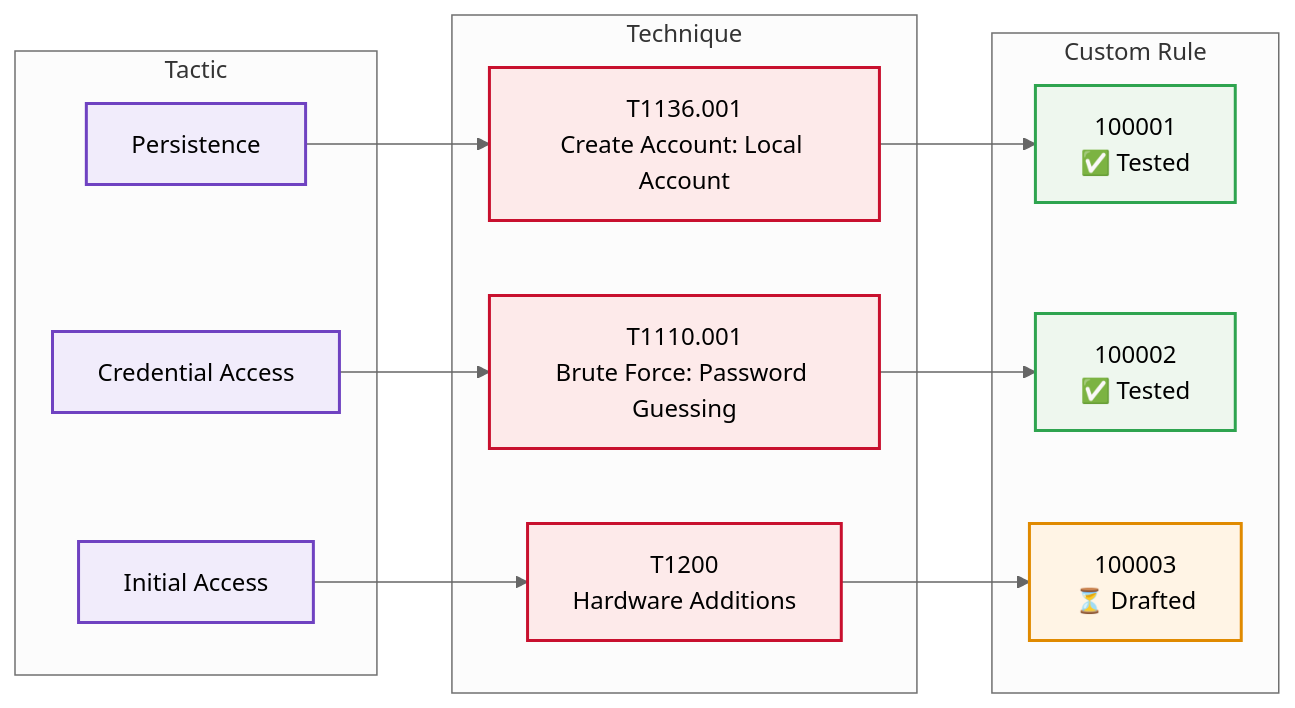
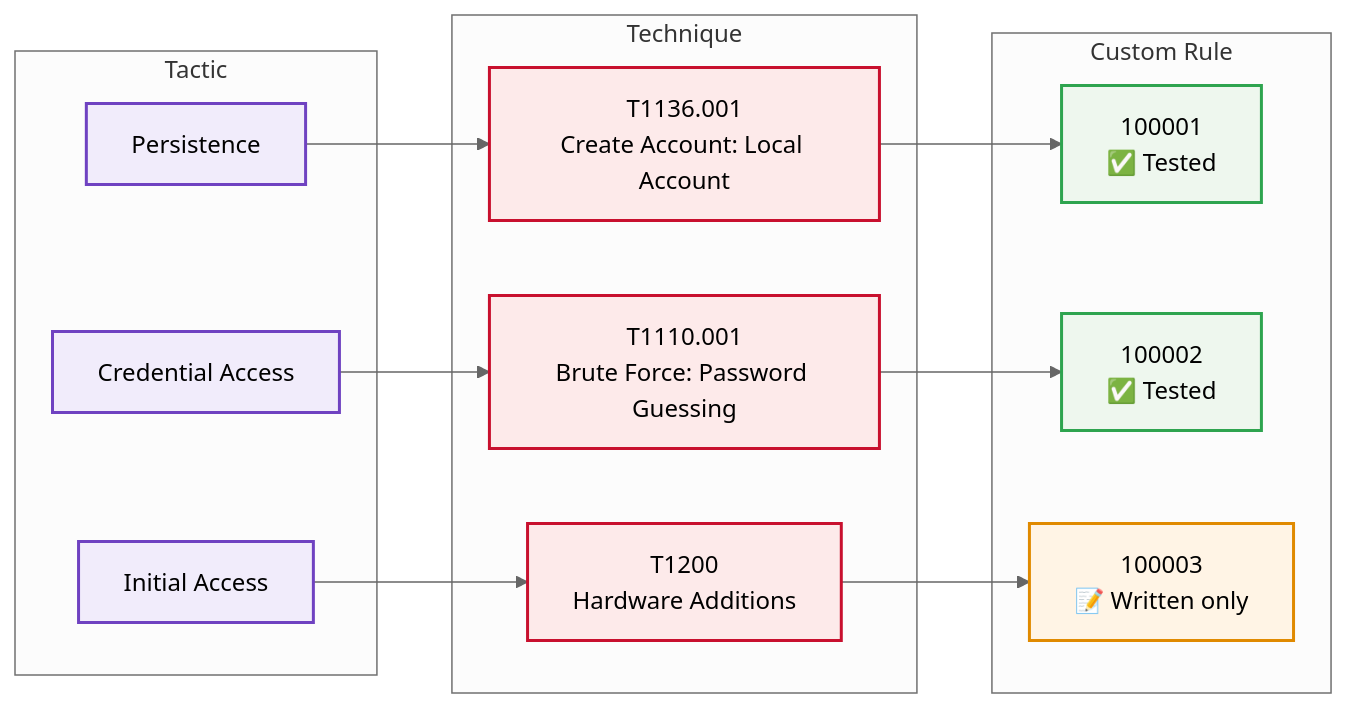
Before and after one commit to malaika-azhar/Cybersecurity-Lab-Projects: the fifth of 5 diagrams in 3-Advanced-Cyber-Projects/project-02-fim-custom-detection-rules/README.md, drawn with Mermaid (neutral theme). The commit also changed other lines of this file, not shown here.

````diff
--- a/3-Advanced-Cyber-Projects/project-02-fim-custom-detection-rules/README.md
+++ b/3-Advanced-Cyber-Projects/project-02-fim-custom-detection-rules/README.md
@@ -456,30 +456,30 @@
 ```mermaid
 flowchart LR
     subgraph TAC["Tactic"]
         PER["Persistence"]
         CRA["Credential Access"]
         INA["Initial Access"]
     end
     subgraph TEC["Technique"]
         T1["T1136.001<br/>Create Account: Local Account"]
         T2["T1110.001<br/>Brute Force: Password Guessing"]
         T3["T1200<br/>Hardware Additions"]
     end
     subgraph RUL["Custom Rule"]
         R1["100001<br/>✅ Tested"]
         R2["100002<br/>✅ Tested"]
-        R3["100003<br/>⏳ Drafted"]
+        R3["100003<br/>📝 Written only"]
     end
     PER --> T1 --> R1
     CRA --> T2 --> R2
     INA --> T3 --> R3
 
     classDef tac fill:#f1ecfb,stroke:#6f42c1,stroke-width:2px,color:#000
     classDef tec fill:#fdeaea,stroke:#C8102E,stroke-width:2px,color:#000
     classDef ok fill:#eef7ee,stroke:#2ea44f,stroke-width:2px,color:#000
     classDef draft fill:#fff4e5,stroke:#e08a00,stroke-width:2px,color:#000
     class PER,CRA,INA tac
     class T1,T2,T3 tec
     class R1,R2 ok
     class R3 draft
 ```
````
